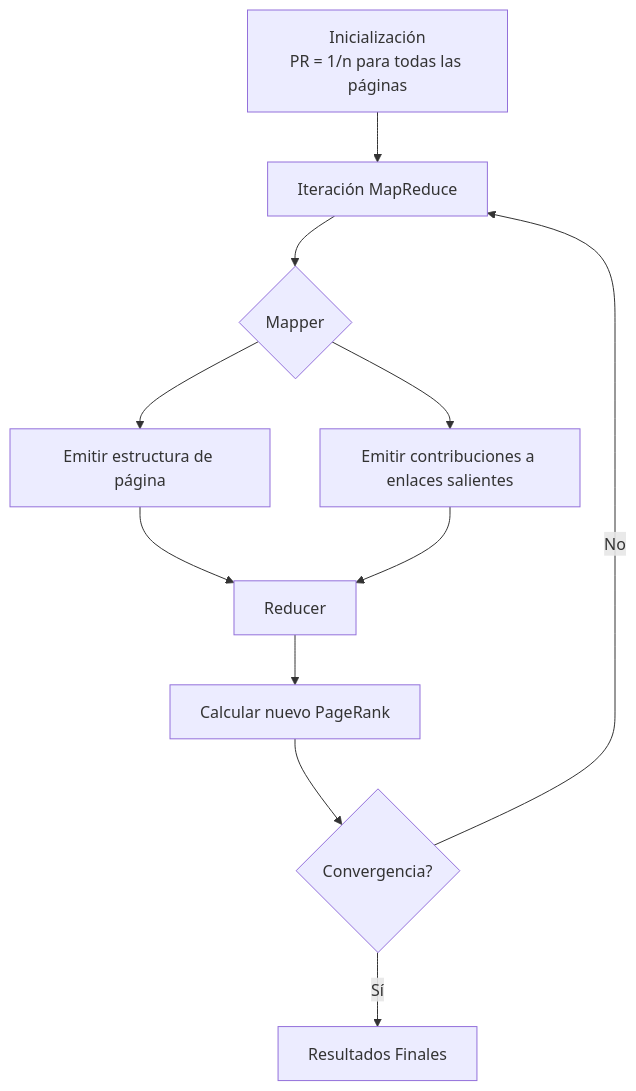
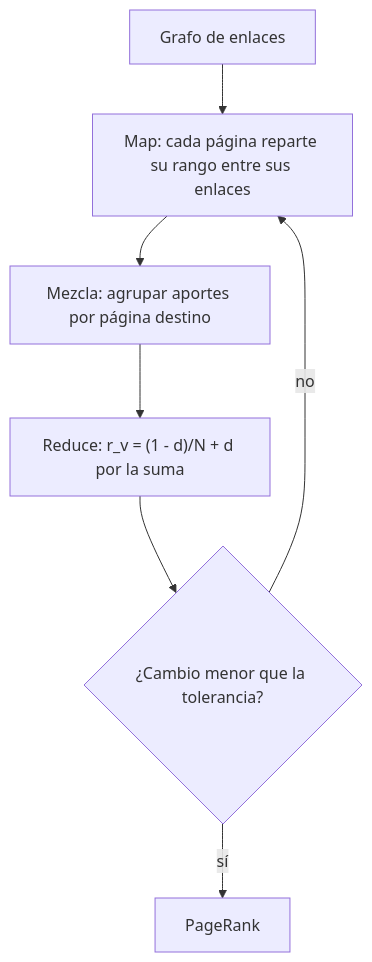
One commit to djaimej/computer-science-template changed the diagram in public/documents/semester-5/2/5271.md. Above: the diagram before and after it, drawn with Mermaid. The commit also changed other lines of this file and 5 other files, not shown here.

````diff
--- a/public/documents/semester-5/2/5271.md
+++ b/public/documents/semester-5/2/5271.md
@@ -140,13 +49,9 @@
 ```mermaid
 flowchart TD
-    A[Inicialización<br>PR = 1/n para todas las páginas] --> B[Iteración MapReduce]
-    B --> C{Mapper}
-    C --> D[Emitir estructura de página]
-    C --> E[Emitir contribuciones a enlaces salientes]
-    D --> F[Reducer]
-    E --> F
-    F --> G[Calcular nuevo PageRank]
-    G --> H{Convergencia?}
-    H -- No --> B
-    H -- Sí --> I[Resultados Finales]
+    A["Grafo de enlaces"] --> B["Map: cada página reparte su rango entre sus enlaces"]
+    B --> C["Mezcla: agrupar aportes por página destino"]
+    C --> D["Reduce: r_v = (1 - d)/N + d por la suma"]
+    D --> E{"¿Cambio menor que la tolerancia?"}
+    E --> |"no"| B
+    E --> |"sí"| F["PageRank"]
 ```
````
